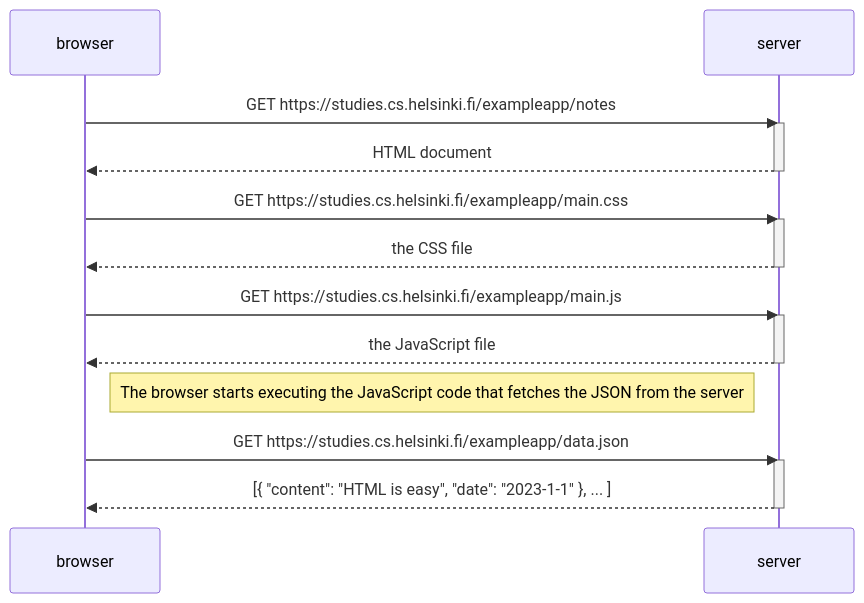
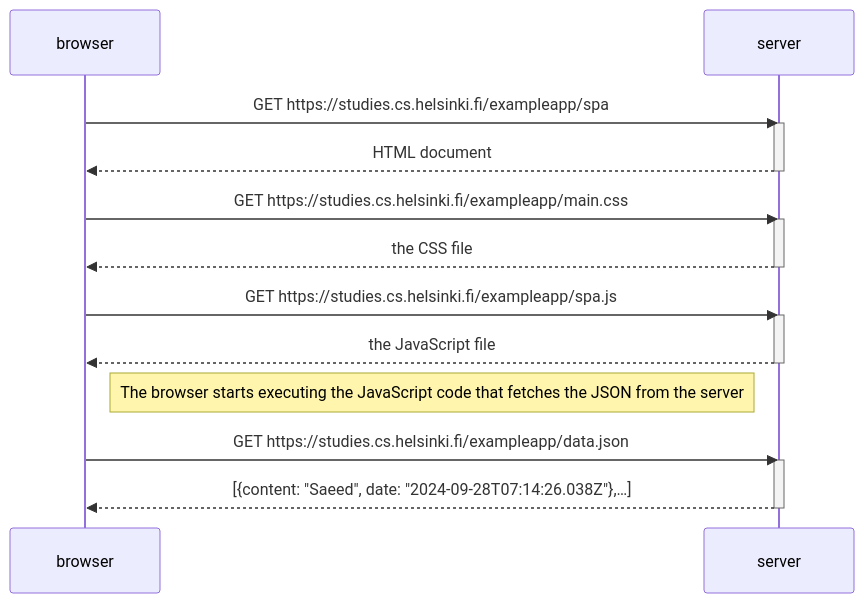
The first of 2 diagrams in part0/README.md (xhoiKabashi/Fullstack), drawn with Mermaid before and after one commit. The commit also changed other lines of this file, not shown here.

Commit message:
add sequenceDiagram

````diff
--- a/part0/README.md
+++ b/part0/README.md
@@ -1,27 +1,27 @@
 ```mermaid
 sequenceDiagram
     participant browser
     participant server
 
-    browser->>server: GET https://studies.cs.helsinki.fi/exampleapp/notes
+    browser->>server: GET https://studies.cs.helsinki.fi/exampleapp/spa
     activate server
     server-->>browser: HTML document
     deactivate server
 
     browser->>server: GET https://studies.cs.helsinki.fi/exampleapp/main.css
     activate server
     server-->>browser: the CSS file
     deactivate server
 
-    browser->>server: GET https://studies.cs.helsinki.fi/exampleapp/main.js
+    browser->>server: GET https://studies.cs.helsinki.fi/exampleapp/spa.js
     activate server
     server-->>browser: the JavaScript file
     deactivate server
 
     Note right of browser: The browser starts executing the JavaScript code that fetches the JSON from the server
 
     browser->>server: GET https://studies.cs.helsinki.fi/exampleapp/data.json
     activate server
-    server-->>browser: [{ "content": "HTML is easy", "date": "2023-1-1" }, ... ]
+    server-->>browser: [{content: "Saeed", date: "2024-09-28T07:14:26.038Z"},…]
     deactivate server
 ```
````
